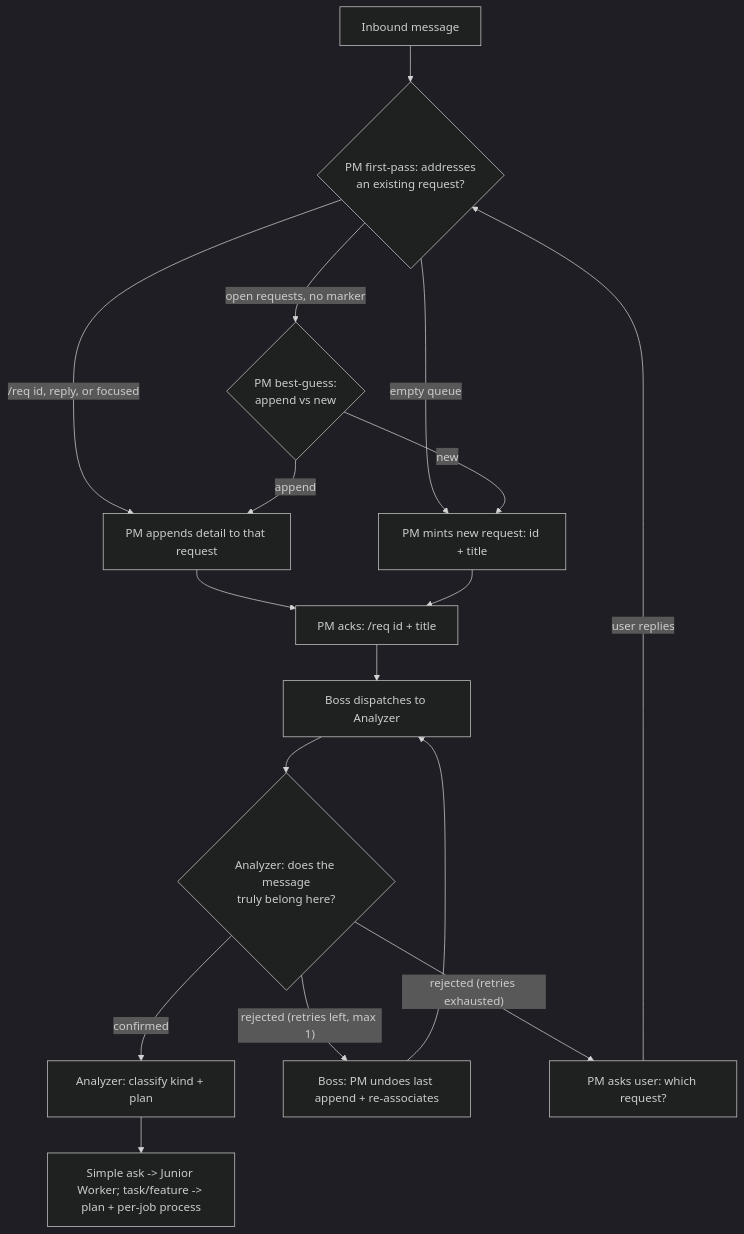
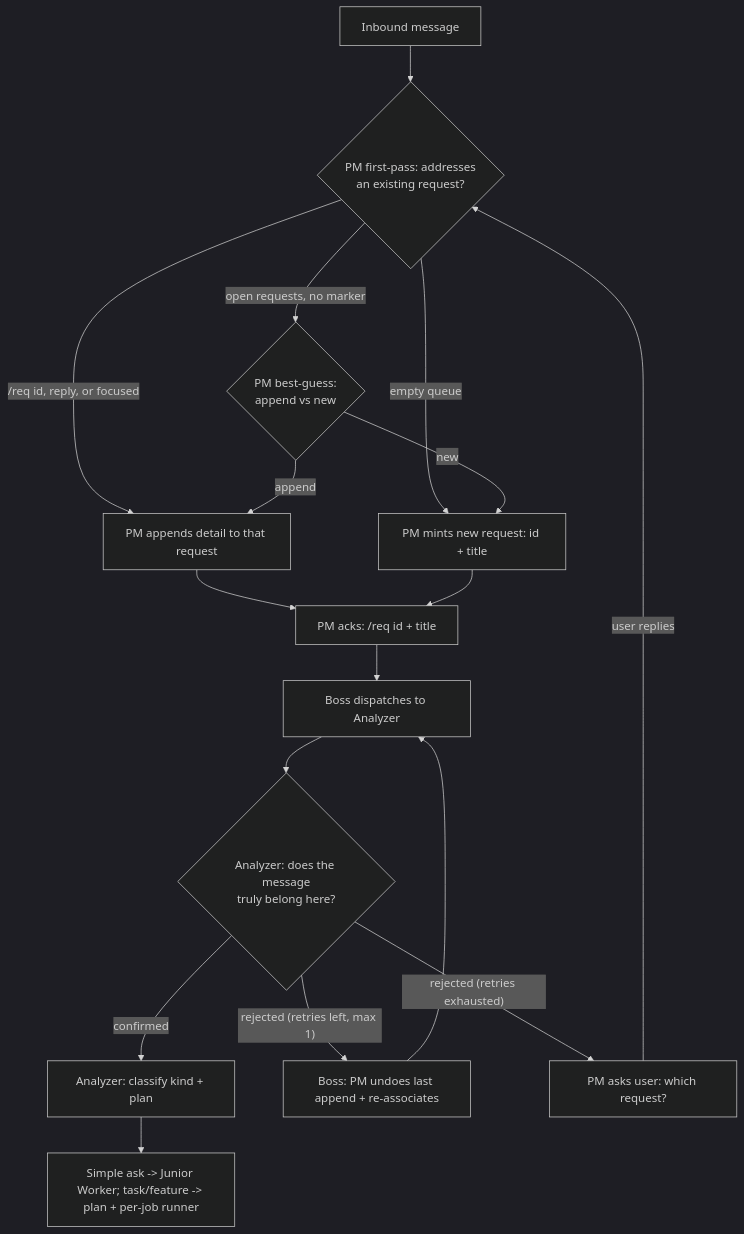
One commit to AbelHu/ai-research changed the seventh of 11 diagrams in docs/design-spec.md. Above: the diagram before and after it, drawn with Mermaid (dark theme). The commit also changed other lines of this file and 2 other files, not shown here.

Commit message:
do not use process for job

````diff
--- a/docs/design-spec.md
+++ b/docs/design-spec.md
@@ -519,18 +521,18 @@
 ```mermaid
 flowchart TD
   IN[Inbound message] --> PM1{"PM first-pass: addresses<br/>an existing request?"}
   PM1 -->|"/req id, reply, or focused"| EX[PM appends detail to that request]
   PM1 -->|"empty queue"| NEW[PM mints new request: id + title]
   PM1 -->|"open requests, no marker"| GUESS{"PM best-guess:<br/>append vs new"}
   GUESS -->|append| EX
   GUESS -->|new| NEW
   EX --> ACKD[PM acks: /req id + title]
   NEW --> ACKD
   ACKD --> DISP[Boss dispatches to Analyzer]
   DISP --> VAL{"Analyzer: does the message<br/>truly belong here?"}
   VAL -->|confirmed| AZ[Analyzer: classify kind + plan]
   VAL -->|"rejected (retries left, max 1)"| UNDO[Boss: PM undoes last append + re-associates] --> DISP
   VAL -->|"rejected (retries exhausted)"| ASK[PM asks user: which request?]
   ASK -->|user replies| PM1
-  AZ --> ROUTE[Simple ask -> Junior Worker; task/feature -> plan + per-job process]
+  AZ --> ROUTE[Simple ask -> Junior Worker; task/feature -> plan + per-job runner]
 ```
````
